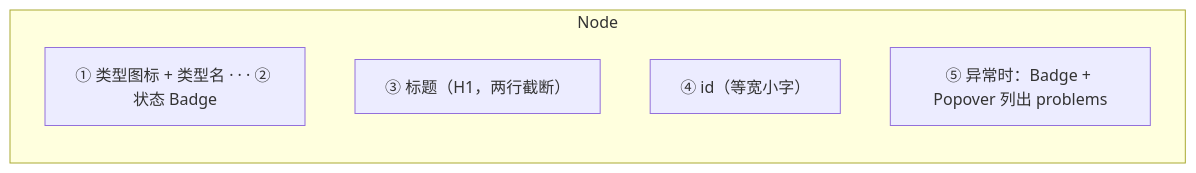
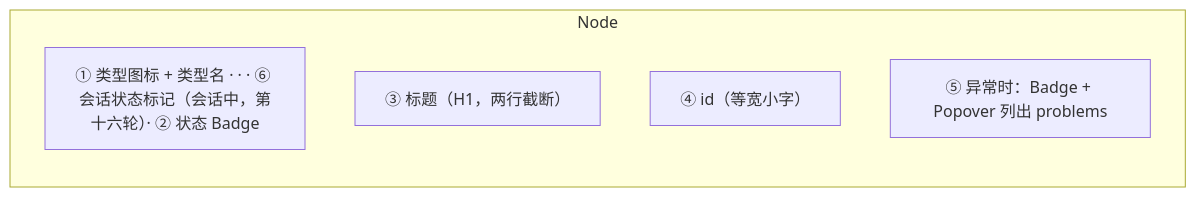
One commit to ryan-alexander-zhang/ai-native-project-template changed the second of 2 diagrams in docs/design/design-00002-whiteboard-ui.md. Above: the diagram before and after it, drawn with Mermaid. The commit also changed other lines of this file and 8 other files, not shown here.

````diff
--- a/docs/design/design-00002-whiteboard-ui.md
+++ b/docs/design/design-00002-whiteboard-ui.md
@@ -186,10 +190,10 @@
 ```mermaid
 flowchart LR
   subgraph Node
     direction TB
-    R1["① 类型图标 + 类型名 · · · ② 状态 Badge"]
+    R1["① 类型图标 + 类型名 · · · ⑥ 会话状态标记（会话中，第十六轮）· ② 状态 Badge"]
     R2["③ 标题（H1，两行截断）"]
     R3["④ id（等宽小字）"]
     R4["⑤ 异常时：Badge + Popover 列出 problems"]
   end
 ```
````
